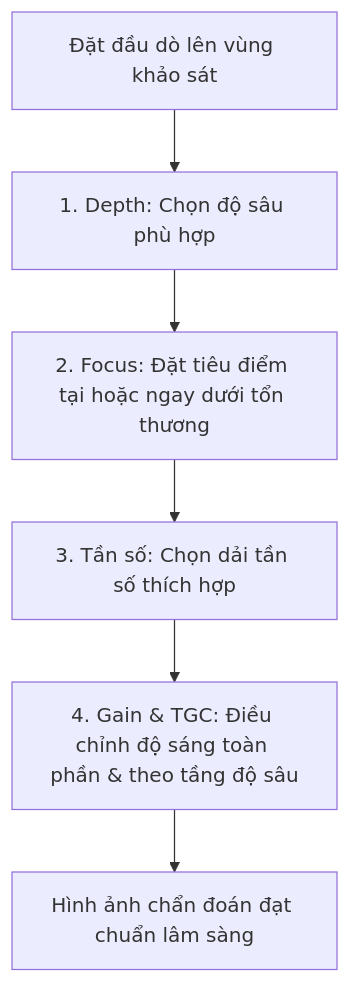
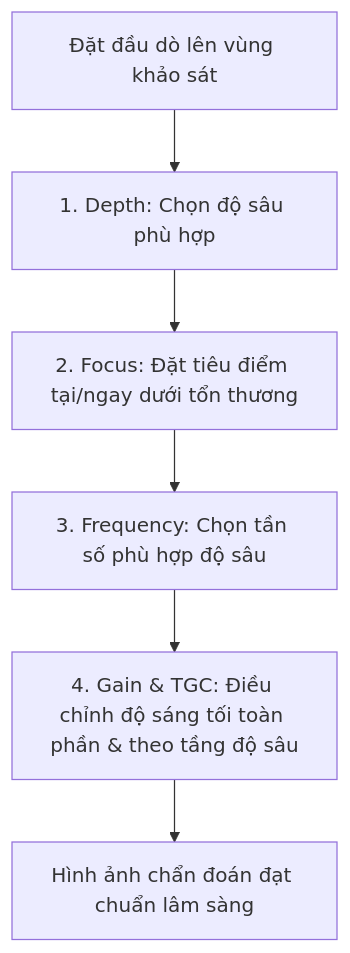
The diagram in docs/02-ky-thuat-quet/02-toi-uu-hinh-anh.mdx (MedPocket/ultraso), drawn with Mermaid before and after one commit. The commit also changed other lines of this file and 10 other files, not shown here.

````diff
--- a/docs/02-ky-thuat-quet/02-toi-uu-hinh-anh.mdx
+++ b/docs/02-ky-thuat-quet/02-toi-uu-hinh-anh.mdx
@@ -16,8 +11,8 @@
 ```mermaid
 flowchart TD
-  Start[Đặt đầu dò lên vùng khảo sát] --> Depth[1. Depth: Chọn độ sâu phù hợp]
-  Depth --> Focus[2. Focus: Đặt tiêu điểm tại hoặc ngay dưới tổn thương]
-  Focus --> Freq[3. Tần số: Chọn dải tần số thích hợp]
-  Freq --> GainTGC[4. Gain & TGC: Điều chỉnh độ sáng toàn phần & theo tầng độ sâu]
-  GainTGC --> FinalImage[Hình ảnh chẩn đoán đạt chuẩn lâm sàng]
+    Start[Đặt đầu dò lên vùng khảo sát] --> Depth[1. Depth: Chọn độ sâu phù hợp]
+    Depth --> Focus[2. Focus: Đặt tiêu điểm tại/ngay dưới tổn thương]
+    Focus --> Freq[3. Frequency: Chọn tần số phù hợp độ sâu]
+    Freq --> GainTGC[4. Gain & TGC: Điều chỉnh độ sáng tối toàn phần & theo tầng độ sâu]
+    GainTGC --> FinalImage[Hình ảnh chẩn đoán đạt chuẩn lâm sàng]
 ```
````
